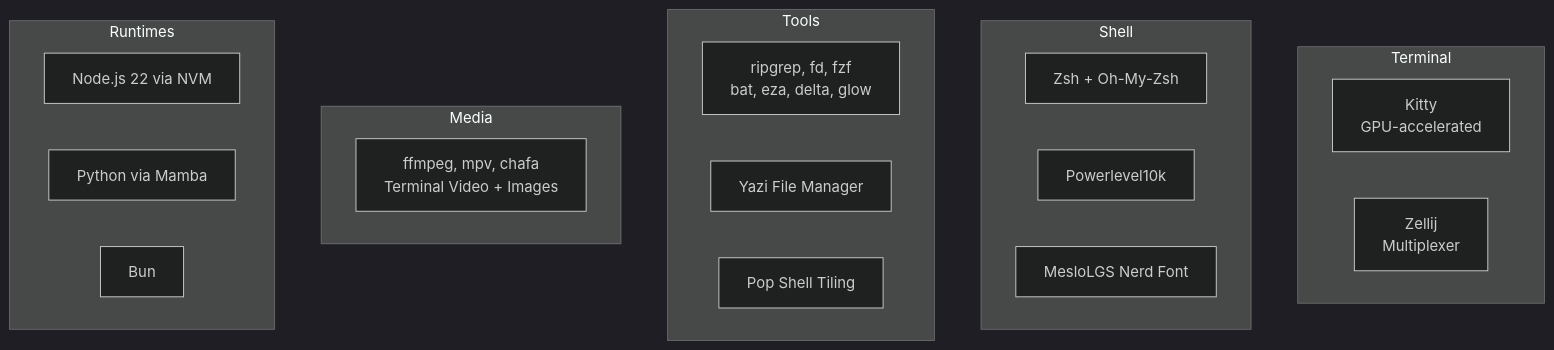
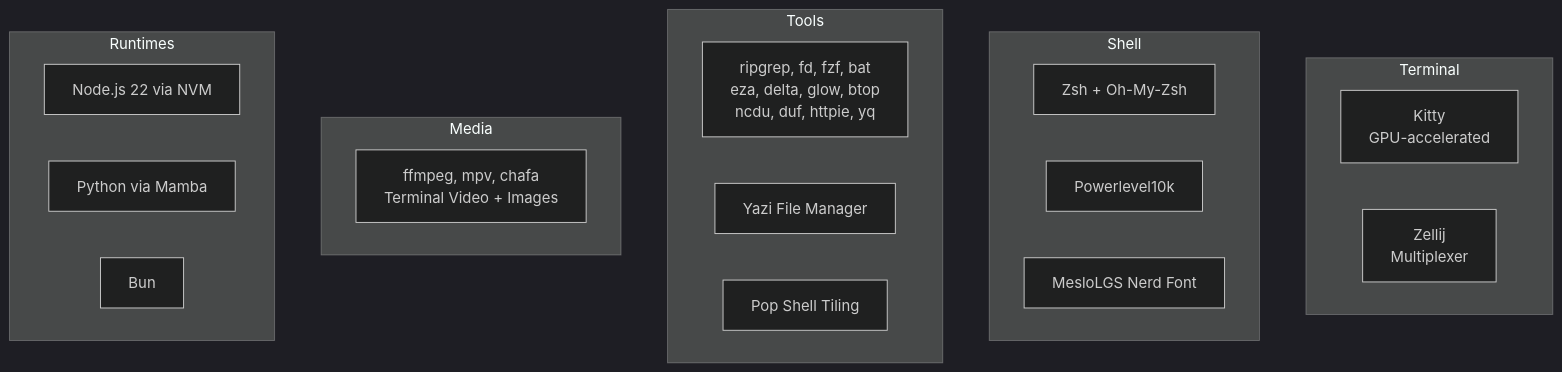
One commit to AeyeOps/ai-essentials changed the third of 3 diagrams in README.md. Above: the diagram before and after it, drawn with Mermaid (dark theme). The commit also changed other lines of this file and 3 other files, not shown here.

First line of the commit message:
feat(dev-stack): add CLI utilities (btop, ncdu, duf, httpie, yq, shellcheck, p7zip)

````diff
--- a/README.md
+++ b/README.md
@@ -97,29 +97,29 @@
 ```mermaid
 graph TD
     subgraph Terminal
         K[Kitty<br/>GPU-accelerated]
         Z[Zellij<br/>Multiplexer]
     end
 
     subgraph Shell
         ZSH[Zsh + Oh-My-Zsh]
         P10K[Powerlevel10k]
         FONT[MesloLGS Nerd Font]
     end
 
     subgraph Tools
-        CLI[ripgrep, fd, fzf<br/>bat, eza, delta, glow]
+        CLI[ripgrep, fd, fzf, bat<br/>eza, delta, glow, btop<br/>ncdu, duf, httpie, yq]
         YAZI[Yazi File Manager]
         POP[Pop Shell Tiling]
     end
 
     subgraph Media
         MEDIA[ffmpeg, mpv, chafa<br/>Terminal Video + Images]
     end
 
     subgraph Runtimes
         NODE[Node.js 22 via NVM]
         PY[Python via Mamba]
         BUN[Bun]
     end
 ```
````
